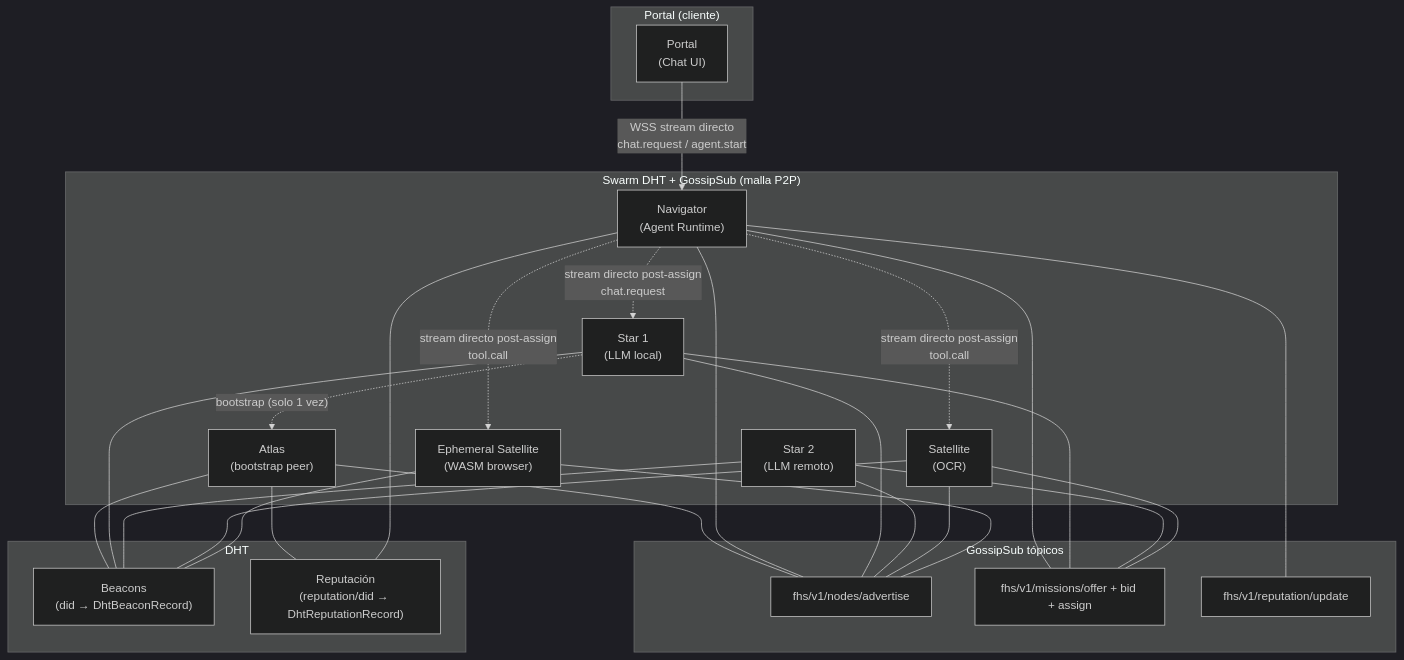
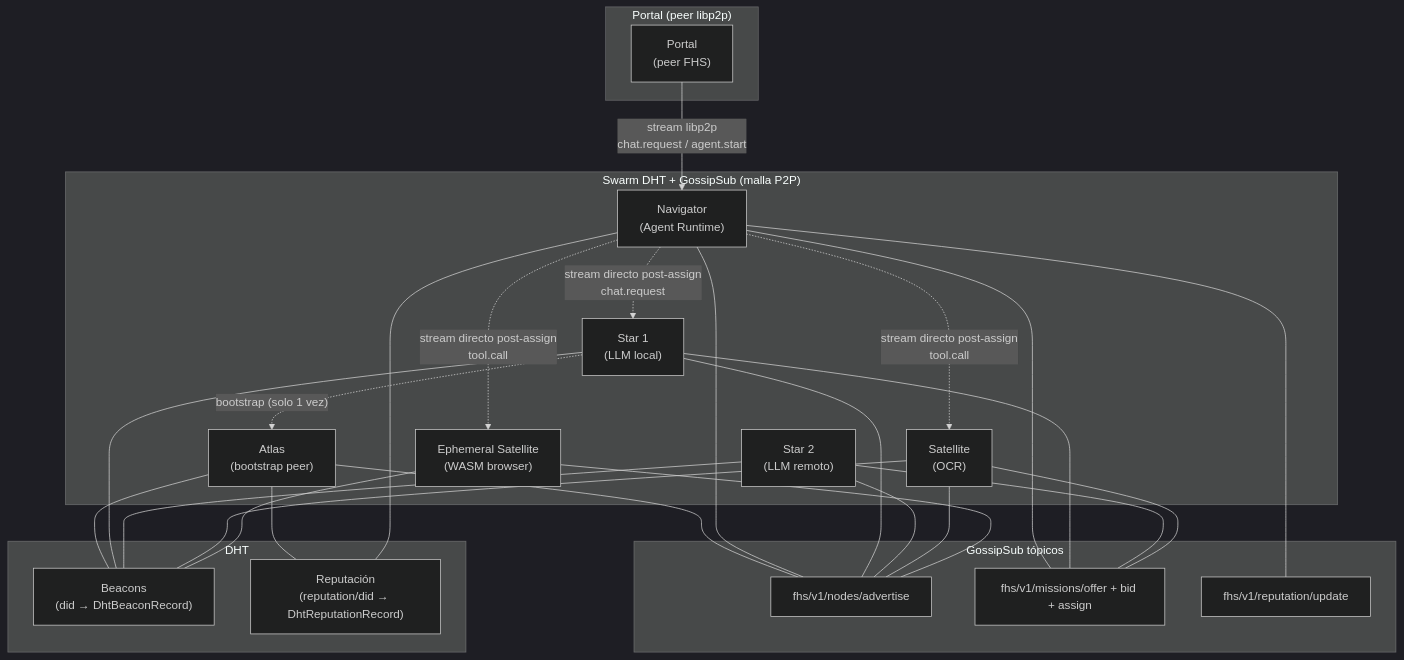
The first of 2 diagrams in docs/architecture.md (rafex/galaxIA), drawn with Mermaid (dark theme) before and after one commit. The commit also changed other lines of this file and 32 other files, not shown here.

````diff
--- a/docs/architecture.md
+++ b/docs/architecture.md
@@ -20,59 +20,59 @@
 ```mermaid
 graph TB
     subgraph "Swarm DHT + GossipSub (malla P2P)"
         AT["Atlas\n(bootstrap peer)"]
         NAV["Navigator\n(Agent Runtime)"]
         STAR1["Star 1\n(LLM local)"]
         STAR2["Star 2\n(LLM remoto)"]
         SAT["Satellite\n(OCR)"]
         EPH["Ephemeral Satellite\n(WASM browser)"]
     end
 
-    subgraph "Portal (cliente)"
-        PORT["Portal\n(Chat UI)"]
+    subgraph "Portal (peer libp2p)"
+        PORT["Portal\n(peer FHS)"]
     end
 
     subgraph "GossipSub tópicos"
         G1["fhs/v1/nodes/advertise"]
         G2["fhs/v1/missions/offer + bid + assign"]
         G3["fhs/v1/reputation/update"]
     end
 
     subgraph "DHT"
         D1["Beacons\n(did → DhtBeaconRecord)"]
         D2["Reputación\n(reputation/did → DhtReputationRecord)"]
     end
 
     %% GossipSub broadcast
     AT --- G1
     NAV --- G1
     STAR1 --- G1
     STAR2 --- G1
     SAT --- G1
     EPH --- G1
 
     NAV --- G2
     STAR1 --- G2
     STAR2 --- G2
     SAT --- G2
 
     NAV --- G3
 
     %% DHT
     AT --- D1
     STAR1 --- D1
     STAR2 --- D1
     SAT --- D1
     EPH --- D1
     AT --- D2
     NAV --- D2
 
     %% Stream directo (solo durante misiones activas)
-    PORT -->|"WSS stream directo\nchat.request / agent.start"| NAV
+    PORT -->|"stream libp2p\nchat.request / agent.start"| NAV
     NAV -.->|"stream directo post-assign\nchat.request"| STAR1
     NAV -.->|"stream directo post-assign\ntool.call"| SAT
     NAV -.->|"stream directo post-assign\ntool.call"| EPH
 
     %% Bootstrap (solo al unirse)
     STAR1 -.->|"bootstrap (solo 1 vez)"| AT
 ```
````
